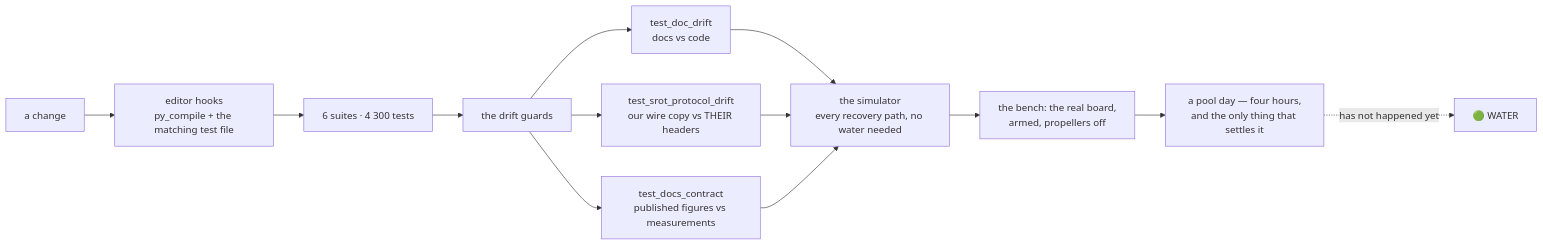
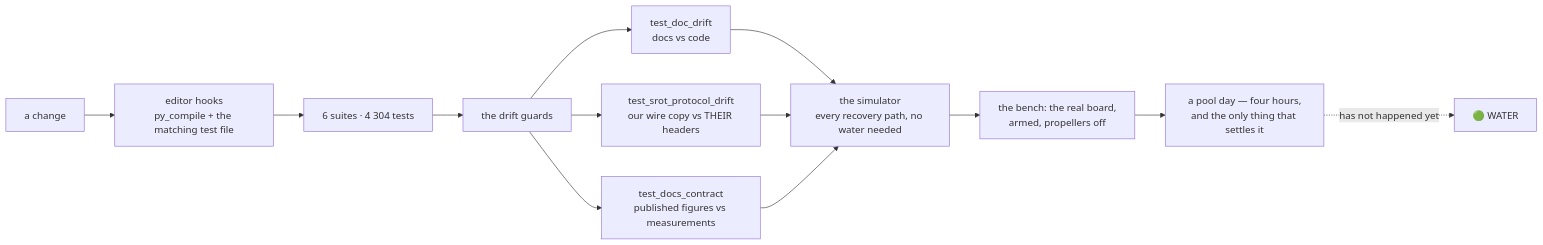
Before and after one commit to fh1m/mongla_ws: the ninth of 10 diagrams in README.md, drawn with Mermaid. The commit also changed other lines of this file and 3 other files, not shown here.

````diff
--- a/README.md
+++ b/README.md
@@ -752,15 +752,15 @@
 ```mermaid
 flowchart LR
     DEV["a change"] --> HOOK["editor hooks<br/>py_compile + the matching test file"]
-    HOOK --> UNIT["6 suites · 4 300 tests"]
+    HOOK --> UNIT["6 suites · 4 304 tests"]
     UNIT --> GUARD["the drift guards"]
     GUARD --> G1["test_doc_drift<br/>docs vs code"]
     GUARD --> G2["test_srot_protocol_drift<br/>our wire copy vs THEIR headers"]
     GUARD --> G3["test_docs_contract<br/>published figures vs measurements"]
     G1 --> SIM["the simulator<br/>every recovery path, no water needed"]
     G2 --> SIM
     G3 --> SIM
     SIM --> BENCH["the bench: the real board,<br/>armed, propellers off"]
     BENCH --> POOL["a pool day — four hours,<br/>and the only thing that settles it"]
     POOL -.->|"has not happened yet"| WATER["🟢 WATER"]
 ```
````
